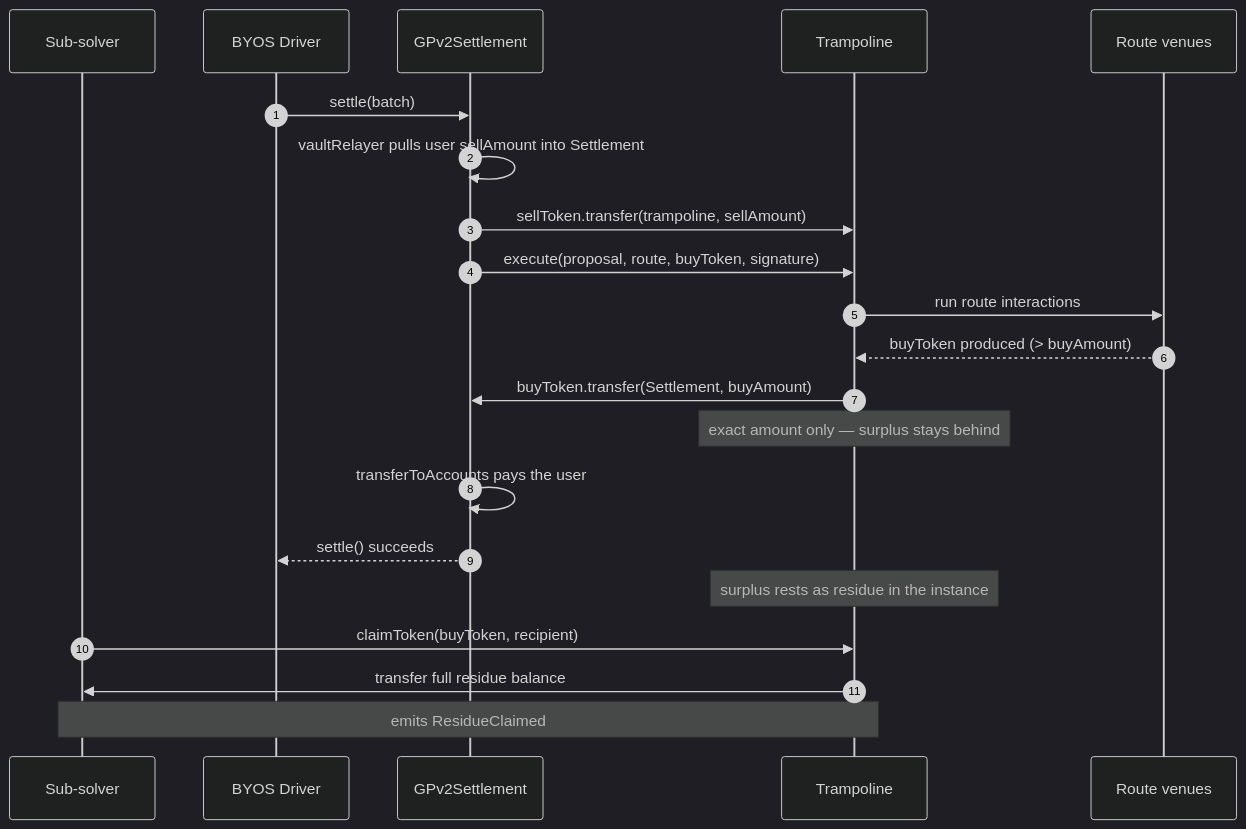
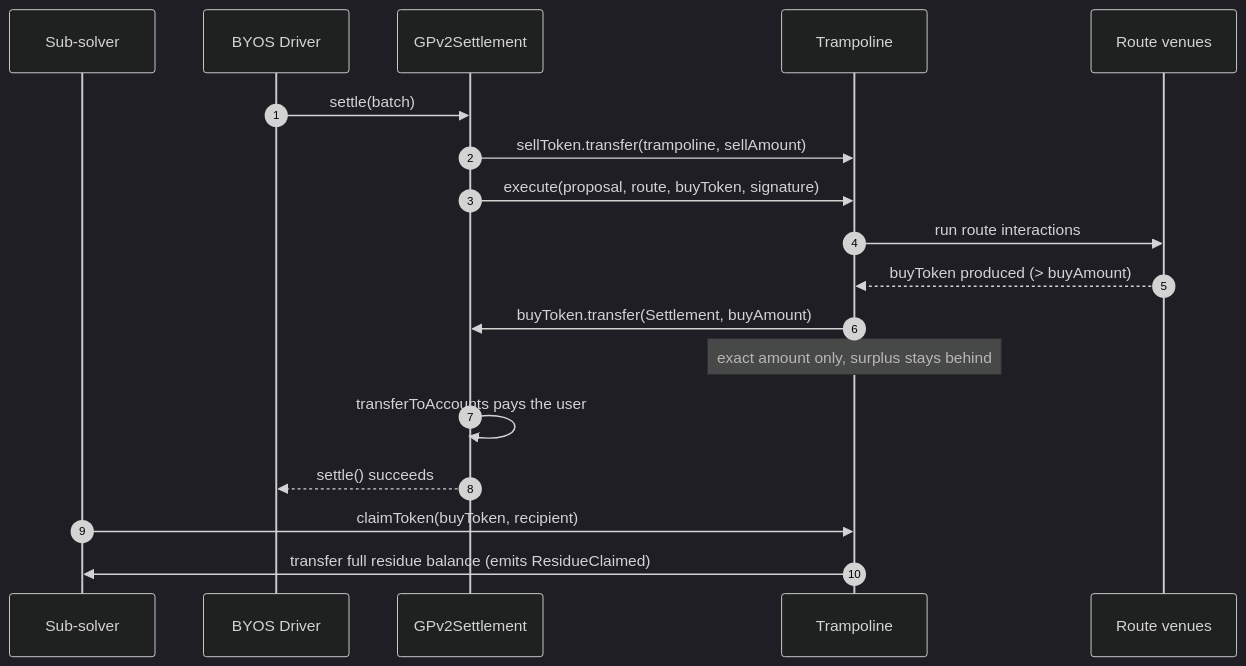
Before and after one commit to bleu/byos-contracts: the third of 3 diagrams in docs/order-flow.md, drawn with Mermaid (dark theme). The commit also changed other lines of this file, not shown here.

First line of the commit message:
docs: shorten order-flow prose and fix mermaid parse error

````diff
--- a/docs/order-flow.md
+++ b/docs/order-flow.md
@@ -94,25 +90,22 @@
 ```mermaid
 sequenceDiagram
     autonumber
     participant SS as Sub-solver
     participant D as BYOS Driver
     participant S as GPv2Settlement
     participant T as Trampoline
     participant R as Route venues
 
     D->>S: settle(batch)
-    S->>S: vaultRelayer pulls user sellAmount into Settlement
     S->>T: sellToken.transfer(trampoline, sellAmount)
     S->>T: execute(proposal, route, buyToken, signature)
     T->>R: run route interactions
     R-->>T: buyToken produced (> buyAmount)
     T->>S: buyToken.transfer(Settlement, buyAmount)
-    Note over T: exact amount only — surplus stays behind
+    Note over T: exact amount only, surplus stays behind
     S->>S: transferToAccounts pays the user
     S-->>D: settle() succeeds
 
-    Note over T: surplus rests as residue in the instance
     SS->>T: claimToken(buyToken, recipient)
-    T->>SS: transfer full residue balance
-    Note over SS,T: emits ResidueClaimed
+    T->>SS: transfer full residue balance (emits ResidueClaimed)
 ```
````
